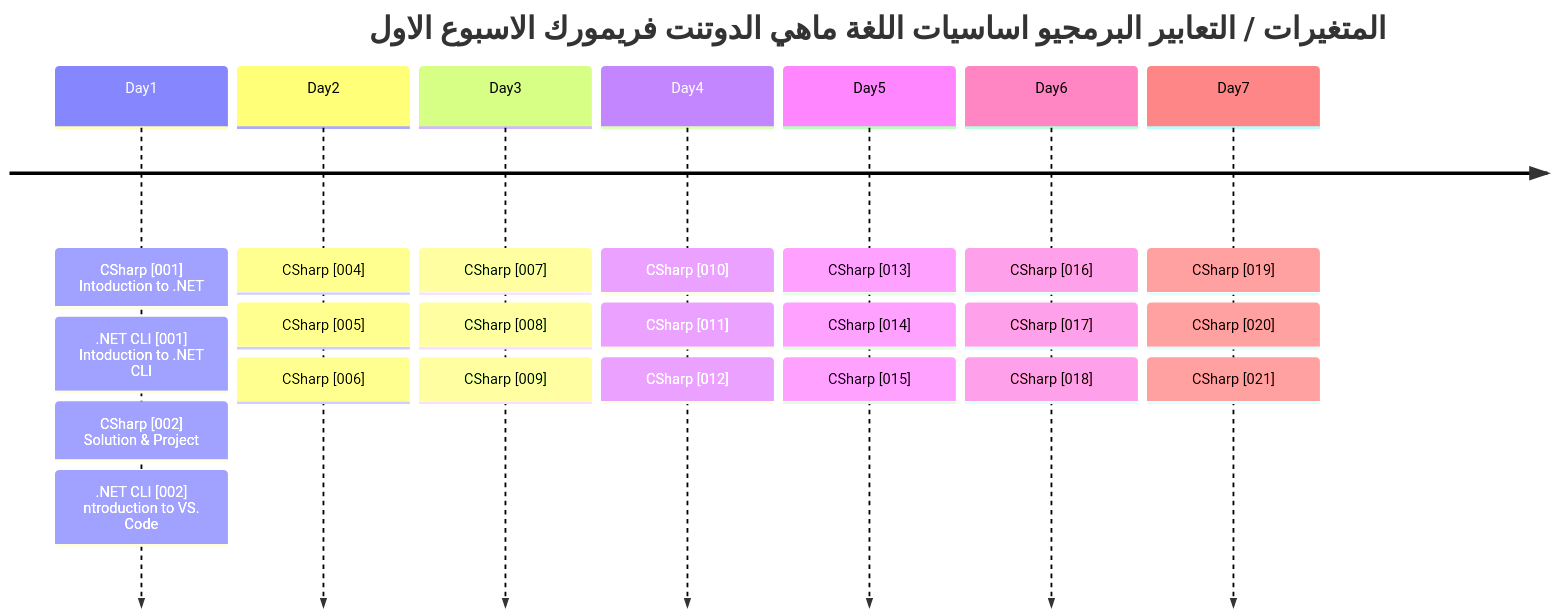
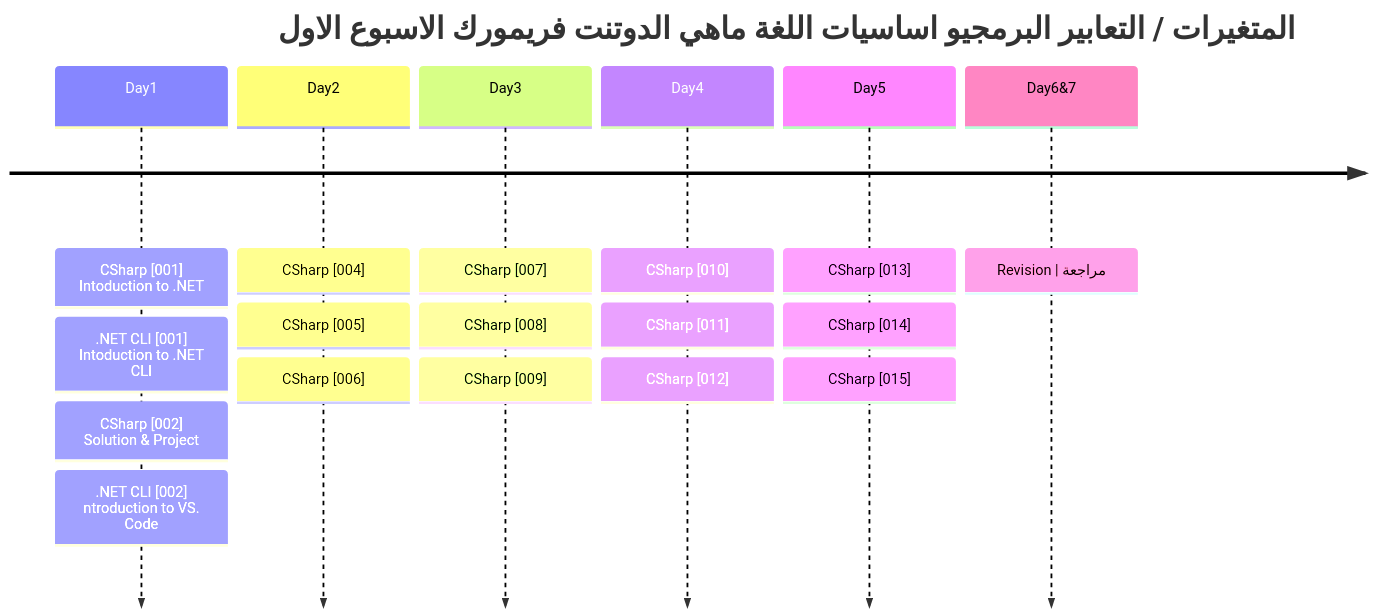
The first of 3 diagrams in README.md (metigator/Roadmap), drawn with Mermaid before and after one commit.

````diff
--- a/README.md
+++ b/README.md
@@ -1,27 +1,22 @@
 ```mermaid
 timeline
     title  المتغيرات / التعابير البرمجيو اساسيات اللغة ماهي الدوتنت فريمورك  الاسبوع الاول 
     Day1 : CSharp [001] Intoduction to .NET
          : .NET CLI [001] Intoduction to .NET CLI
          : CSharp [002] Solution & Project
          : .NET CLI [002] ntroduction to VS. Code
  
     Day2 : CSharp [004]
          : CSharp [005] 
          : CSharp [006] 
     Day3 : CSharp [007]
          : CSharp [008]
          : CSharp [009] 
     Day4 : CSharp [010]
          : CSharp [011]
          : CSharp [012] 
     Day5 : CSharp [013]
          : CSharp [014]
          : CSharp [015] 
-    Day6 : CSharp [016]
-         : CSharp [017]
-         : CSharp [018] 
-    Day7 : CSharp [019]
-         : CSharp [020]
-         : CSharp [021] 
+  Day6&7 : Revision | مراجعة 
 ```
````
